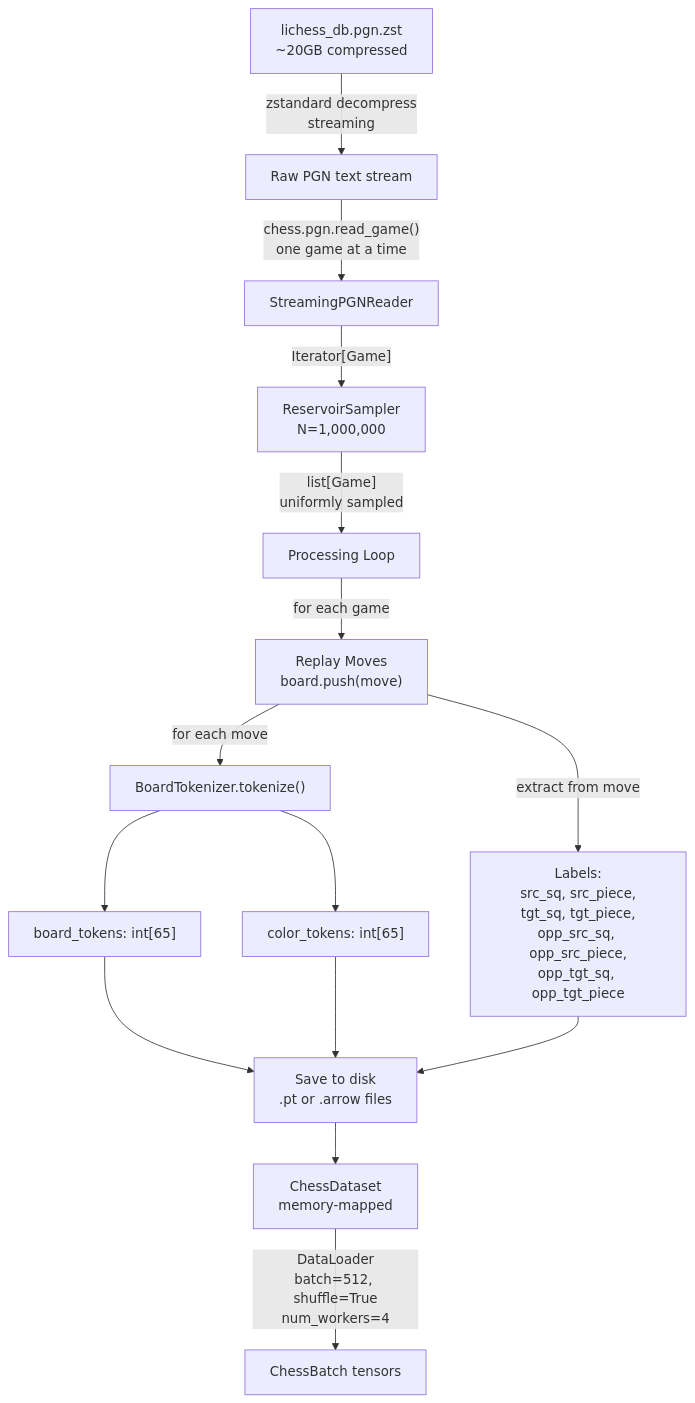
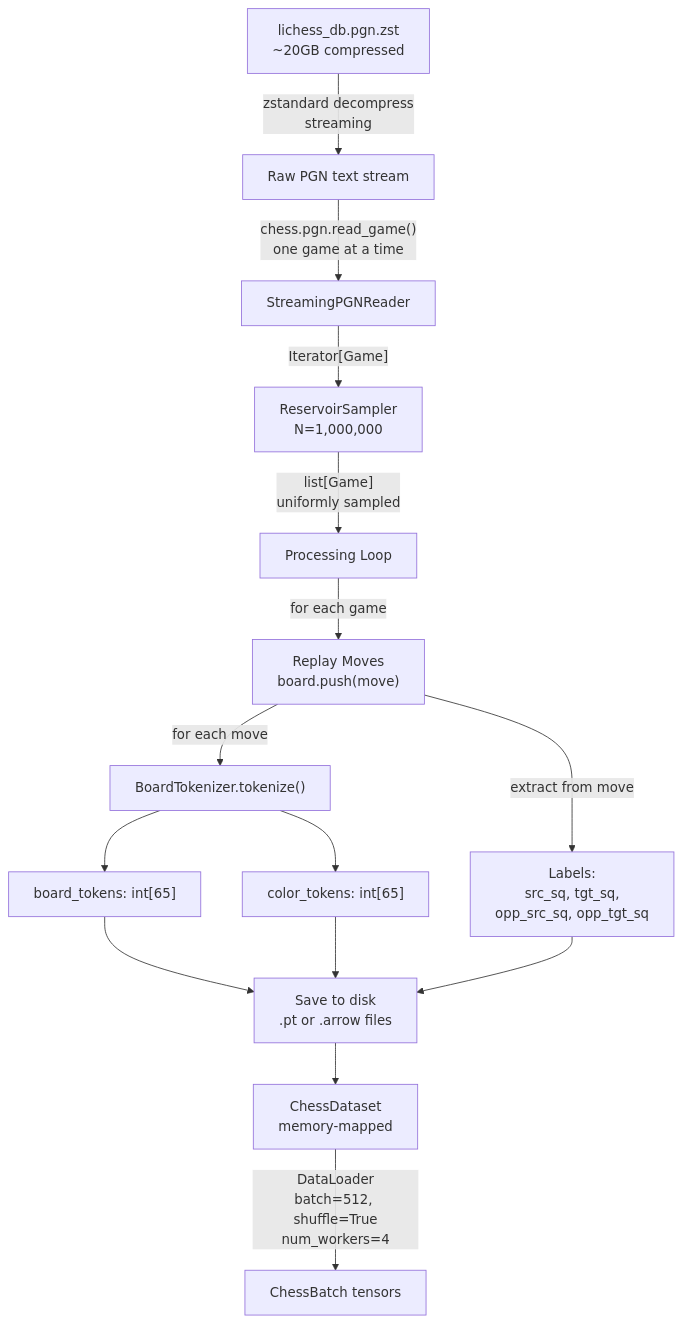
One commit to sombersomni/chess-policy-agent changed the fifth of 6 diagrams in chess_encoder_final_design.md. Above: the diagram before and after it, drawn with Mermaid. The commit also changed other lines of this file, not shown here.

First line of the commit message:
Replace piece-type heads with space-only prediction heads

````diff
--- a/chess_encoder_final_design.md
+++ b/chess_encoder_final_design.md
@@ -225,19 +225,19 @@
 ```mermaid
 flowchart TD
     ZST["lichess_db.pgn.zst<br/>~20GB compressed"] -->|"zstandard decompress<br/>streaming"| RAW["Raw PGN text stream"]
     RAW -->|"chess.pgn.read_game()<br/>one game at a time"| SPGN["StreamingPGNReader"]
     SPGN -->|"Iterator[Game]"| RS["ReservoirSampler<br/>N=1,000,000"]
     RS -->|"list[Game]<br/>uniformly sampled"| PROC["Processing Loop"]
 
     PROC -->|"for each game"| REPLAY["Replay Moves<br/>board.push(move)"]
     REPLAY -->|"for each move"| TOK["BoardTokenizer.tokenize()"]
     TOK --> BT["board_tokens: int[65]"]
     TOK --> CT["color_tokens: int[65]"]
-    REPLAY -->|"extract from move"| LABELS["Labels:<br/>src_sq, src_piece,<br/>tgt_sq, tgt_piece,<br/>opp_src_sq, opp_src_piece,<br/>opp_tgt_sq, opp_tgt_piece"]
+    REPLAY -->|"extract from move"| LABELS["Labels:<br/>src_sq, tgt_sq,<br/>opp_src_sq, opp_tgt_sq"]
 
     BT --> SAVE["Save to disk<br/>.pt or .arrow files"]
     CT --> SAVE
     LABELS --> SAVE
     SAVE --> DS["ChessDataset<br/>memory-mapped"]
     DS -->|"DataLoader<br/>batch=512, shuffle=True<br/>num_workers=4"| BATCH["ChessBatch tensors"]
 ```
````
